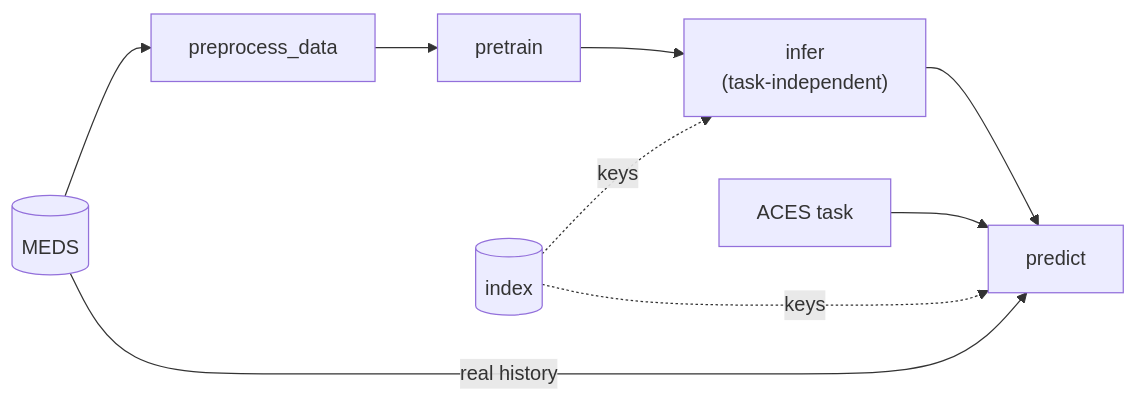
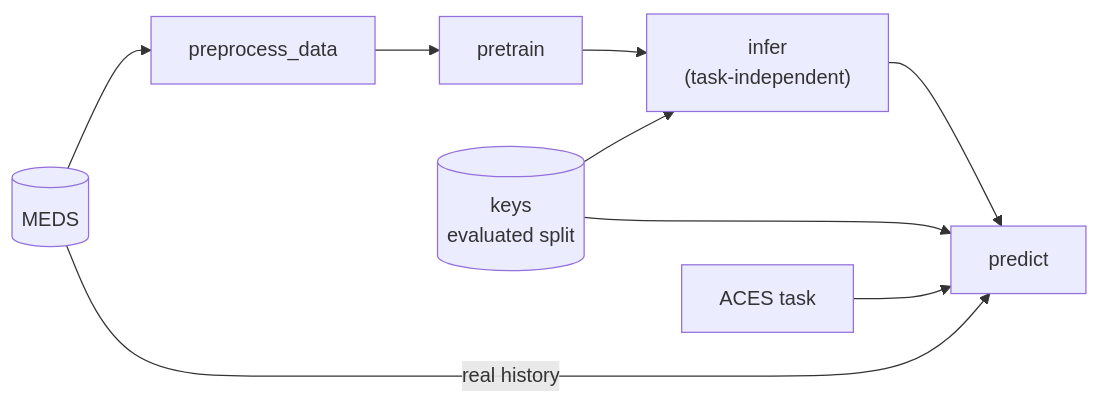
Before and after one commit to McDermottHealthAI/MEDS_algorithm_template: the sixth of 7 diagrams in docs/profiles.md, drawn with Mermaid. The commit also changed other lines of this file and 6 other files, not shown here.

````diff
--- a/docs/profiles.md
+++ b/docs/profiles.md
@@ -110,8 +128,8 @@
-    ```mermaid
-    flowchart LR
-        d[(MEDS)] --> pp[preprocess_data] --> pt[pretrain] --> inf["infer<br/>(task-independent)"] --> pr[predict]
-        l[(index)] -. keys .-> inf
-        t[ACES task] --> pr
-        d -- real history --> pr
-        l -. keys .-> pr
-    ```
+```mermaid
+flowchart LR
+    d[(MEDS)] --> pp[preprocess_data] --> pt[pretrain] --> inf["infer<br/>(task-independent)"] --> pr[predict]
+    keys[(keys<br/>evaluated split)] --> inf
+    keys --> pr
+    t[ACES task] --> pr
+    d -- real history --> pr
+```
````
